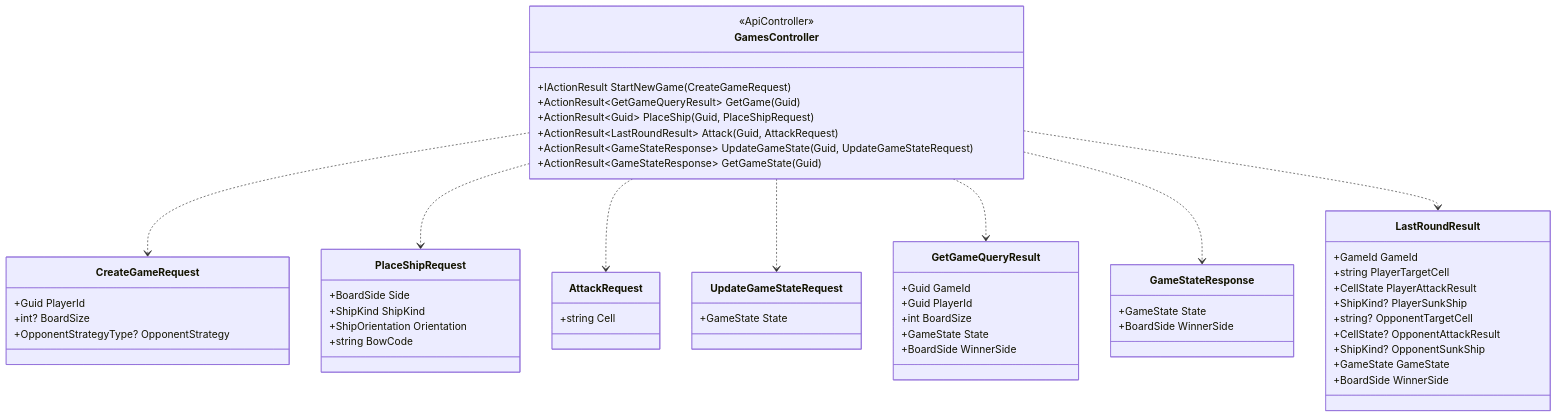
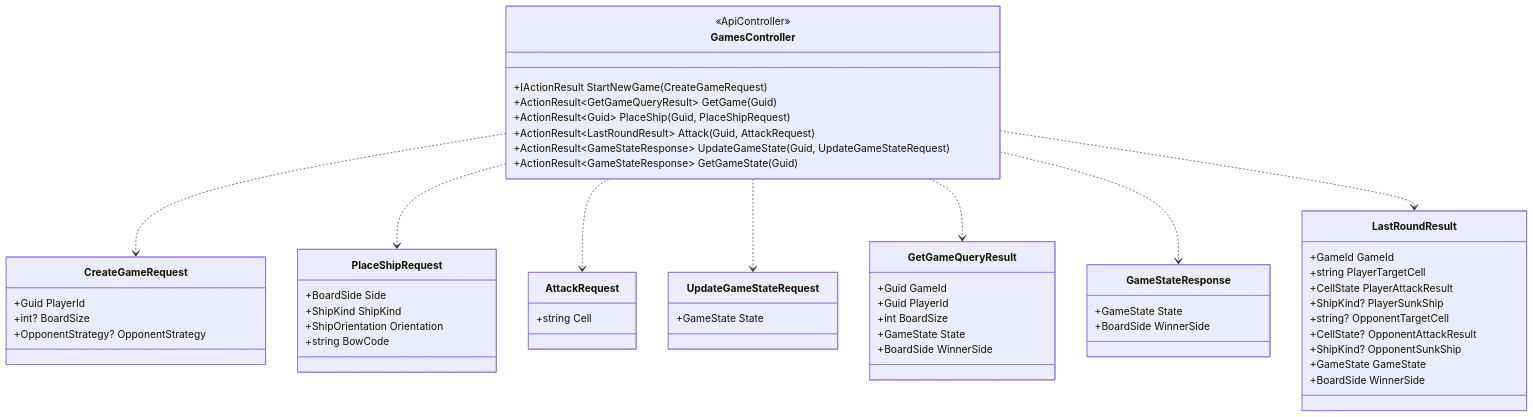
One commit to wahidshalaly/battleship-game changed the third of 3 diagrams in docs/design.md. Above: the diagram before and after it, drawn with Mermaid. The commit also changed other lines of this file and 51 other files, not shown here.

````diff
--- a/docs/design.md
+++ b/docs/design.md
@@ -262,68 +263,68 @@
 ```mermaid
 classDiagram
     %% Controllers
     class GamesController {
         <<ApiController>>
         +IActionResult StartNewGame(CreateGameRequest)
         +ActionResult~GetGameQueryResult~ GetGame(Guid)
         +ActionResult~Guid~ PlaceShip(Guid, PlaceShipRequest)
         +ActionResult~LastRoundResult~ Attack(Guid, AttackRequest)
         +ActionResult~GameStateResponse~ UpdateGameState(Guid, UpdateGameStateRequest)
         +ActionResult~GameStateResponse~ GetGameState(Guid)
     }
 
     %% DTOs and Models
     class CreateGameRequest {
         +Guid PlayerId
         +int? BoardSize
-        +OpponentStrategyType? OpponentStrategy
+        +OpponentStrategy? OpponentStrategy
     }
 
     class PlaceShipRequest {
         +BoardSide Side
         +ShipKind ShipKind
         +ShipOrientation Orientation
         +string BowCode
     }
 
     class AttackRequest {
         +string Cell
     }
 
     class UpdateGameStateRequest {
         +GameState State
     }
 
     class GetGameQueryResult {
         +Guid GameId
         +Guid PlayerId
         +int BoardSize
         +GameState State
         +BoardSide WinnerSide
     }
 
     class GameStateResponse {
         +GameState State
         +BoardSide WinnerSide
     }
 
     class LastRoundResult {
         +GameId GameId
         +string PlayerTargetCell
         +CellState PlayerAttackResult
         +ShipKind? PlayerSunkShip
         +string? OpponentTargetCell
         +CellState? OpponentAttackResult
         +ShipKind? OpponentSunkShip
         +GameState GameState
         +BoardSide WinnerSide
     }
 
     GamesController ..> CreateGameRequest
     GamesController ..> PlaceShipRequest
     GamesController ..> AttackRequest
     GamesController ..> UpdateGameStateRequest
     GamesController ..> GetGameQueryResult
     GamesController ..> GameStateResponse
     GamesController ..> LastRoundResult
 ```
````
